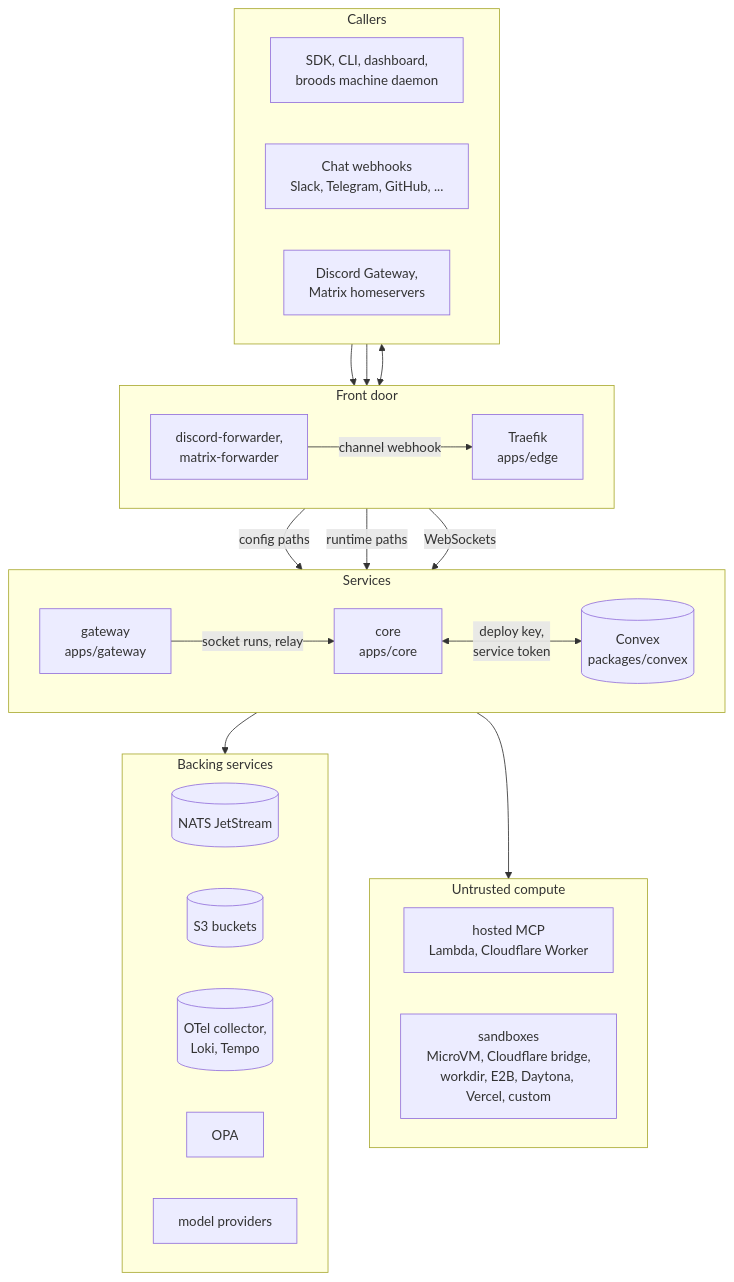
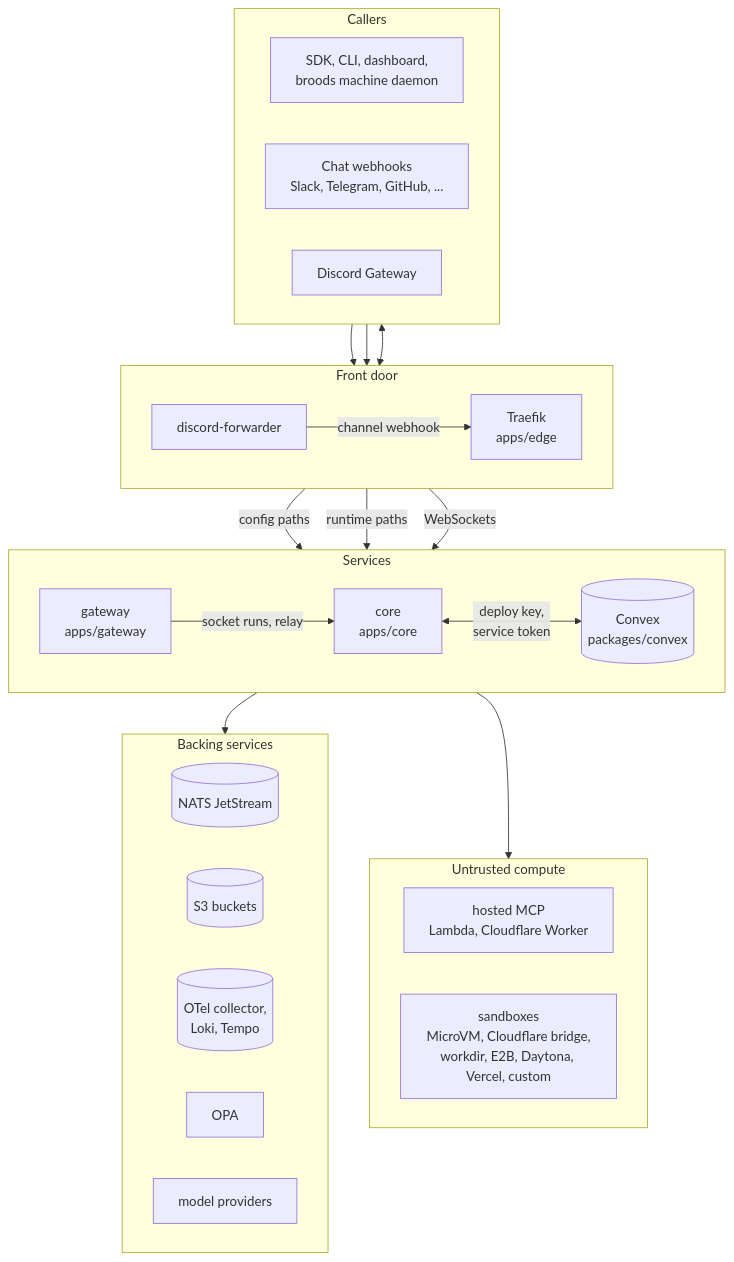
The first of 2 diagrams in apps/docs/docs/internals/index.md (beeblastco/broods), drawn with Mermaid before and after one commit. The commit also changed other lines of this file and 77 other files, not shown here.

First line of the commit message:
chore!: remove the Matrix channel and apps/matrix-forwarder

````diff
--- a/apps/docs/docs/internals/index.md
+++ b/apps/docs/docs/internals/index.md
@@ -16,45 +16,45 @@
 ```mermaid
 flowchart TB
   subgraph In["Callers"]
     direction LR
     Clients["SDK, CLI, dashboard,<br/>broods machine daemon"]
     Hooks["Chat webhooks<br/>Slack, Telegram, GitHub, ..."]
-    Socks["Discord Gateway,<br/>Matrix homeservers"]
+    Socks["Discord Gateway"]
   end
   subgraph Door["Front door"]
     direction LR
     Edge["Traefik<br/>apps/edge"]
-    Fwd["discord-forwarder,<br/>matrix-forwarder"]
+    Fwd["discord-forwarder"]
   end
   subgraph Services
     direction LR
     GW["gateway<br/>apps/gateway"]
     Core["core<br/>apps/core"]
     Convex[("Convex<br/>packages/convex")]
   end
   subgraph Back["Backing services"]
     direction LR
     NATS[("NATS JetStream")]
     S3[("S3 buckets")]
     Obs[("OTel collector,<br/>Loki, Tempo")]
     OPA["OPA"]
     Models["model providers"]
   end
   subgraph Compute["Untrusted compute"]
     direction LR
     MCP["hosted MCP<br/>Lambda, Cloudflare Worker"]
     SB["sandboxes<br/>MicroVM, Cloudflare bridge,<br/>workdir, E2B, Daytona, Vercel, custom"]
   end
 
   Clients --> Edge
   Hooks --> Edge
   Socks <--> Fwd
   Fwd -->|"channel webhook"| Edge
   Edge -->|"config paths"| Convex
   Edge -->|"runtime paths"| Core
   Edge -->|"WebSockets"| GW
   GW -->|"socket runs, relay"| Core
   Core <-->|"deploy key,<br/>service token"| Convex
   Core --> Back
   Core --> Compute
 ```
````
